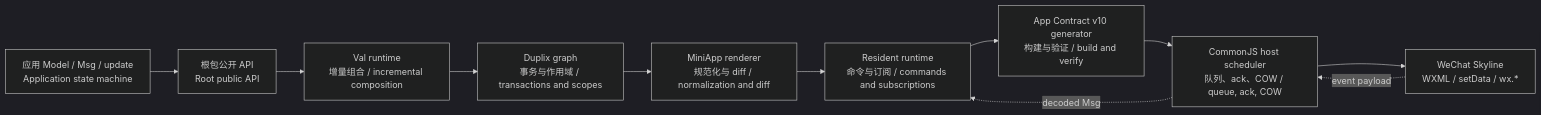
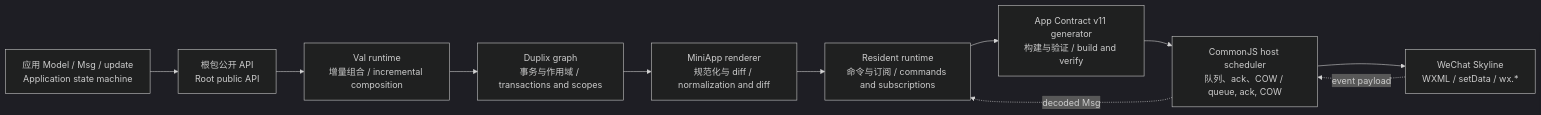
Before and after one commit to lucavance/minimoon: the diagram in docs/code-analysis/assets/diagrams/source/README-1.mmd, drawn with Mermaid (dark theme). The commit also changed 207 other files, not shown here.

```diff
--- a/docs/code-analysis/assets/diagrams/source/README-1.mmd
+++ b/docs/code-analysis/assets/diagrams/source/README-1.mmd
@@ -1,21 +1,21 @@
 flowchart LR
     App[应用 Model / Msg / update<br/>Application state machine]
     Public[根包公开 API<br/>Root public API]
     Val[Val runtime<br/>增量组合 / incremental composition]
     Graph[Duplix graph<br/>事务与作用域 / transactions and scopes]
     Renderer[MiniApp renderer<br/>规范化与 diff / normalization and diff]
     Runtime[Resident runtime<br/>命令与订阅 / commands and subscriptions]
-    Generator[App Contract v10 generator<br/>构建与验证 / build and verify]
+    Generator[App Contract v11 generator<br/>构建与验证 / build and verify]
     Host[CommonJS host scheduler<br/>队列、ack、COW / queue, ack, COW]
     Skyline[WeChat Skyline<br/>WXML / setData / wx.*]
 
     App --> Public
     Public --> Val
     Val --> Graph
     Graph --> Renderer
     Renderer --> Runtime
     Runtime --> Generator
     Generator --> Host
     Host --> Skyline
     Skyline -. event payload .-> Host
     Host -. decoded Msg .-> Runtime
```
